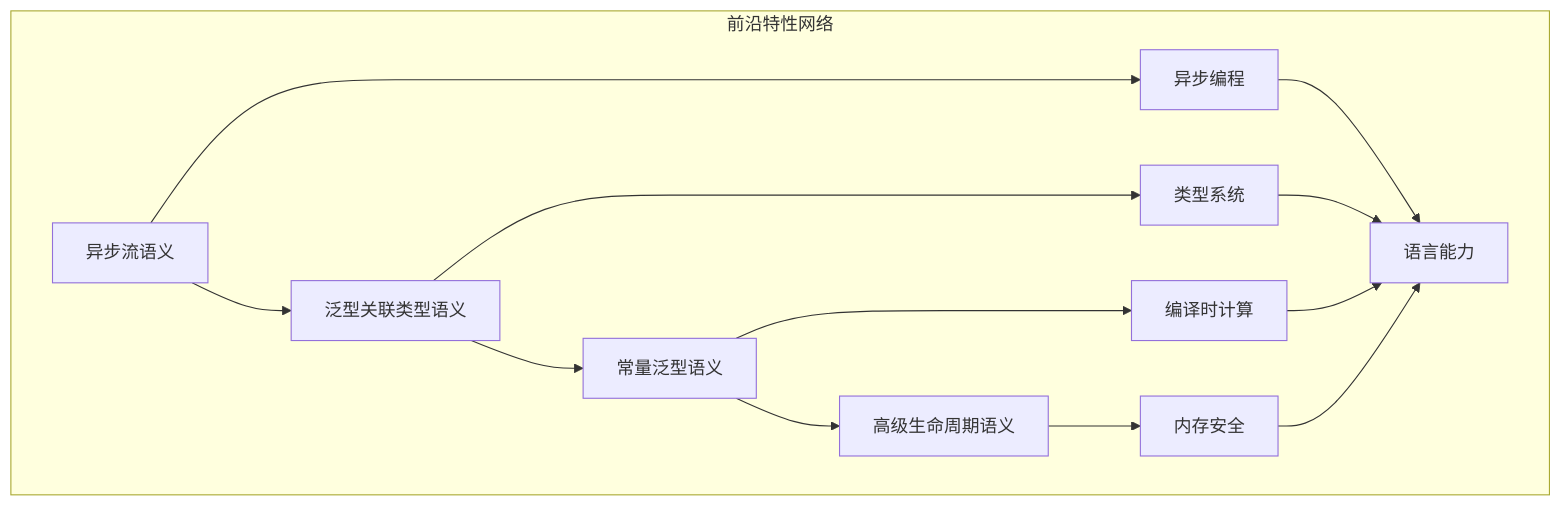
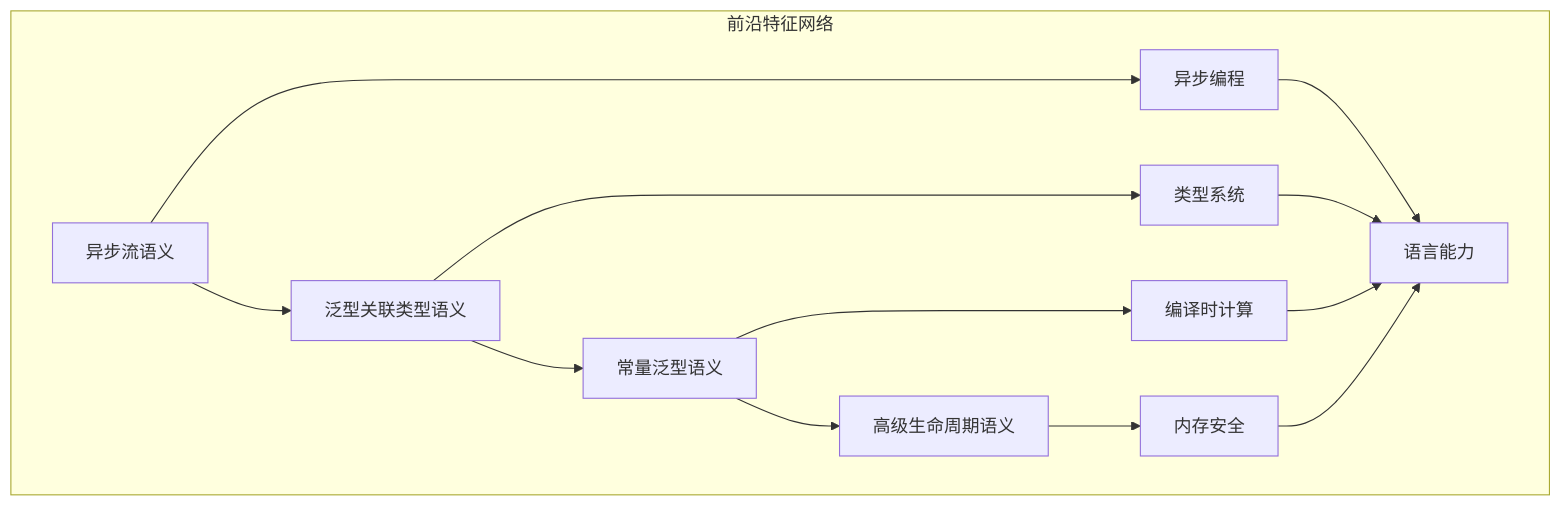
The diagram in formal_rust/refactor/01_core_theory/04_advanced_semantics/05_frontier_features/00_index.md (martin-ly/rust-lang), drawn with Mermaid before and after one commit. The commit also changed other lines of this file and 5740 other files, not shown here.

````diff
--- a/formal_rust/refactor/01_core_theory/04_advanced_semantics/05_frontier_features/00_index.md
+++ b/formal_rust/refactor/01_core_theory/04_advanced_semantics/05_frontier_features/00_index.md
@@ -83,18 +83,18 @@
 ```mermaid
 graph TB
-    subgraph "前沿特性网络"
+    subgraph "前沿特征网络"
         A[异步流语义] --> B[泛型关联类型语义]
         B --> C[常量泛型语义]
         C --> D[高级生命周期语义]
         
         A --> E[异步编程]
         B --> F[类型系统]
         C --> G[编译时计算]
         D --> H[内存安全]
         
         E --> I[语言能力]
         F --> I
         G --> I
         H --> I
     end
 ```
````
